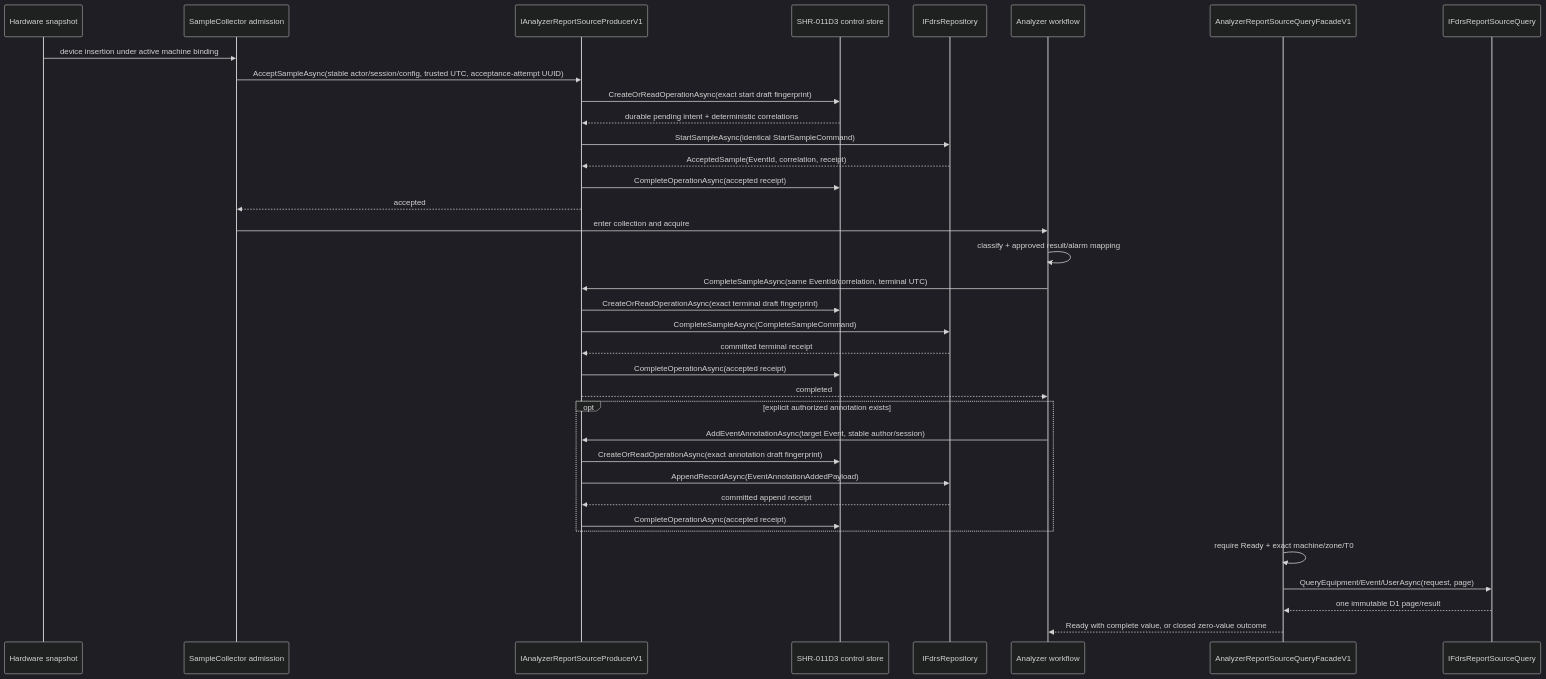
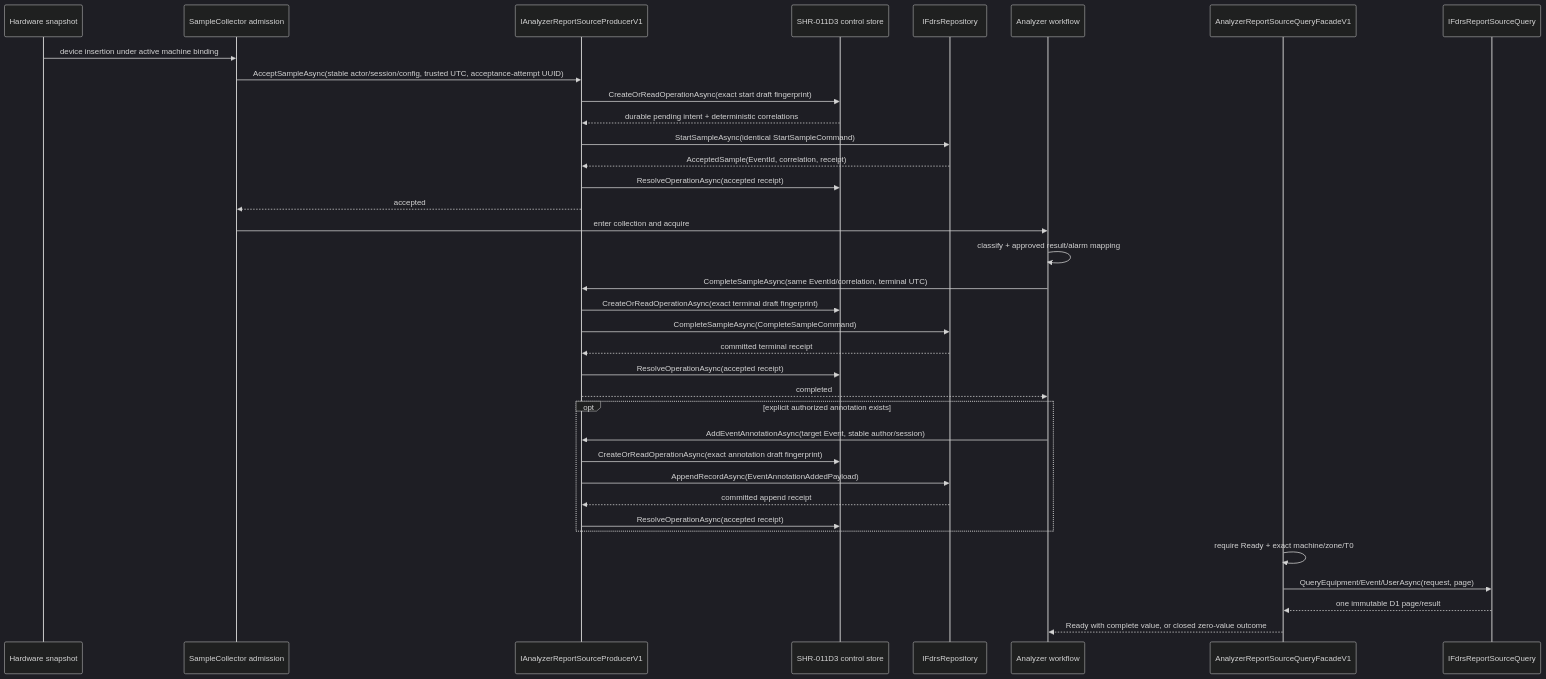
The first of 6 diagrams in agent-os/specs/2026-11-23-tq-011a-source-producer-adr/sequence-diagrams.md (bmello4688/BrukerAgentSystem), drawn with Mermaid (dark theme) before and after one commit. The commit also changed 10 other files, not shown here.

````diff
--- a/agent-os/specs/2026-11-23-tq-011a-source-producer-adr/sequence-diagrams.md
+++ b/agent-os/specs/2026-11-23-tq-011a-source-producer-adr/sequence-diagrams.md
@@ -5,39 +5,39 @@
 ```mermaid
 sequenceDiagram
     participant HW as Hardware snapshot
     participant SC as SampleCollector admission
     participant P as IAnalyzerReportSourceProducerV1
     participant C as SHR-011D3 control store
     participant R as IFdrsRepository
     participant A as Analyzer workflow
     participant Q as AnalyzerReportSourceQueryFacadeV1
     participant D2 as IFdrsReportSourceQuery
 
     HW->>SC: device insertion under active machine binding
     SC->>P: AcceptSampleAsync(stable actor/session/config, trusted UTC, acceptance-attempt UUID)
     P->>C: CreateOrReadOperationAsync(exact start draft fingerprint)
     C-->>P: durable pending intent + deterministic correlations
     P->>R: StartSampleAsync(identical StartSampleCommand)
     R-->>P: AcceptedSample(EventId, correlation, receipt)
-    P->>C: CompleteOperationAsync(accepted receipt)
+    P->>C: ResolveOperationAsync(accepted receipt)
     P-->>SC: accepted
     SC->>A: enter collection and acquire
     A->>A: classify + approved result/alarm mapping
     A->>P: CompleteSampleAsync(same EventId/correlation, terminal UTC)
     P->>C: CreateOrReadOperationAsync(exact terminal draft fingerprint)
     P->>R: CompleteSampleAsync(CompleteSampleCommand)
     R-->>P: committed terminal receipt
-    P->>C: CompleteOperationAsync(accepted receipt)
+    P->>C: ResolveOperationAsync(accepted receipt)
     P-->>A: completed
     opt explicit authorized annotation exists
         A->>P: AddEventAnnotationAsync(target Event, stable author/session)
         P->>C: CreateOrReadOperationAsync(exact annotation draft fingerprint)
         P->>R: AppendRecordAsync(EventAnnotationAddedPayload)
         R-->>P: committed append receipt
-        P->>C: CompleteOperationAsync(accepted receipt)
+        P->>C: ResolveOperationAsync(accepted receipt)
     end
     Q->>Q: require Ready + exact machine/zone/T0
     Q->>D2: QueryEquipment/Event/UserAsync(request, page)
     D2-->>Q: one immutable D1 page/result
     Q-->>A: Ready with complete value, or closed zero-value outcome
 ```
````
